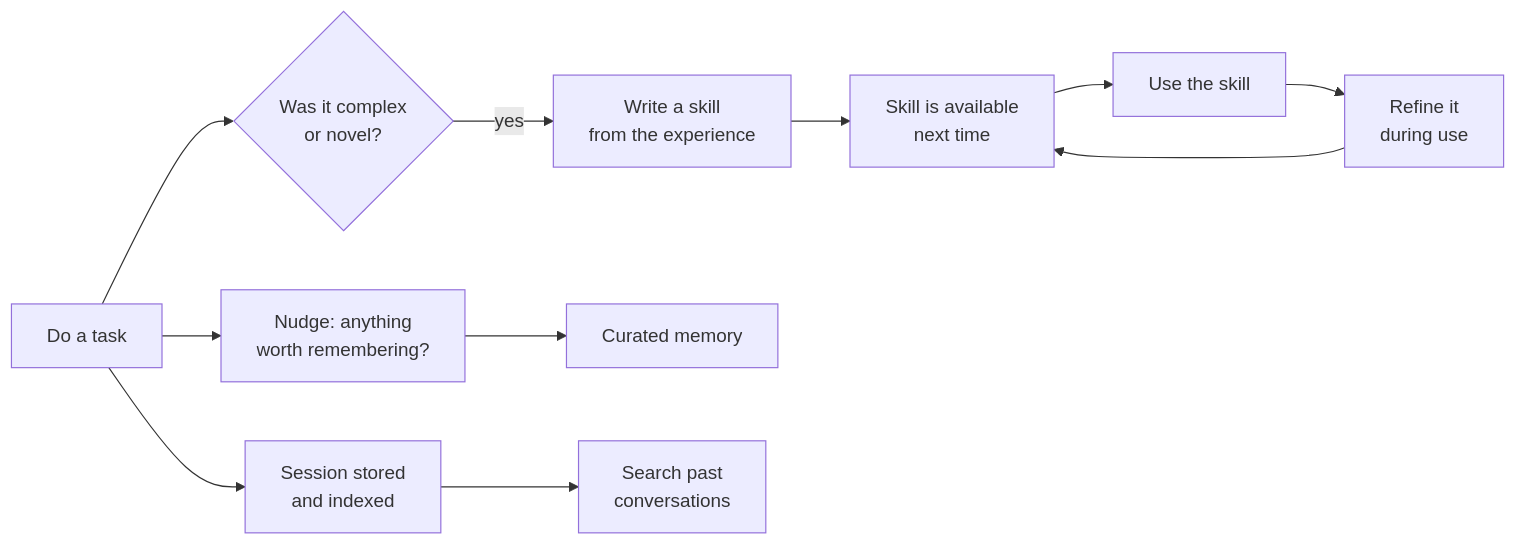
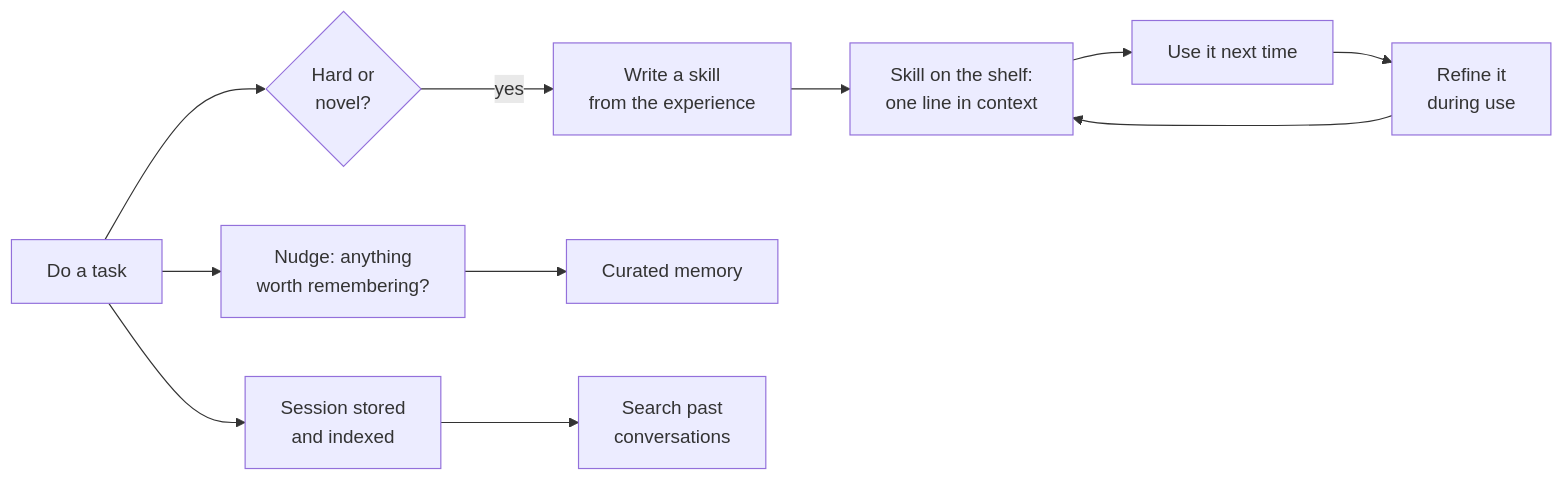
The diagram in harnesses/hermes.md (AkbarSheikh-debug/harness-engineering), drawn with Mermaid before and after one commit. The commit also changed other lines of this file and 116 other files, not shown here.

First line of the commit message:
Redraw every diagram by hand and deepen every page

````diff
--- a/harnesses/hermes.md
+++ b/harnesses/hermes.md
@@ -47,13 +121,13 @@
 ```mermaid
 flowchart LR
-    A[Do a task] --> B{Was it complex<br/>or novel?}
+    A[Do a task] --> B{Hard or<br/>novel?}
     B -- yes --> C[Write a skill<br/>from the experience]
-    C --> D[Skill is available<br/>next time]
-    D --> E[Use the skill]
+    C --> D[Skill on the shelf:<br/>one line in context]
+    D --> E[Use it next time]
     E --> F[Refine it<br/>during use]
     F --> D
     A --> G[Nudge: anything<br/>worth remembering?]
     G --> H[Curated memory]
     A --> I[Session stored<br/>and indexed]
     I --> J[Search past<br/>conversations]
 ```
````
